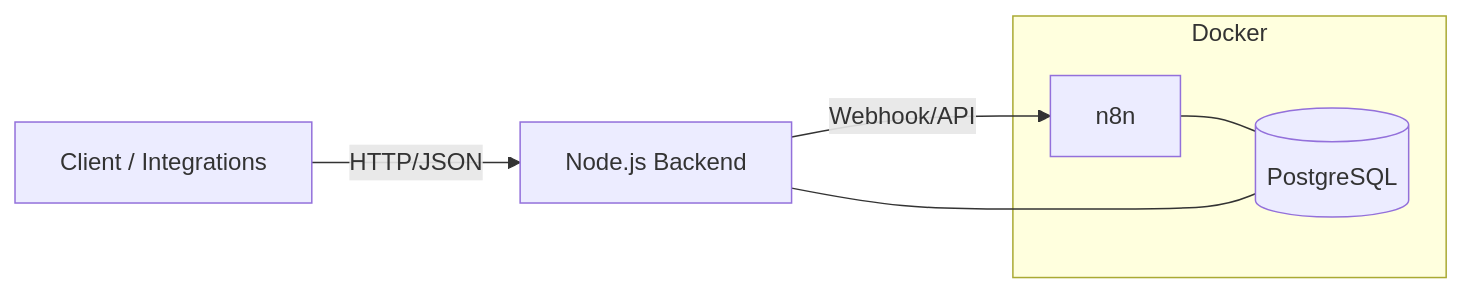
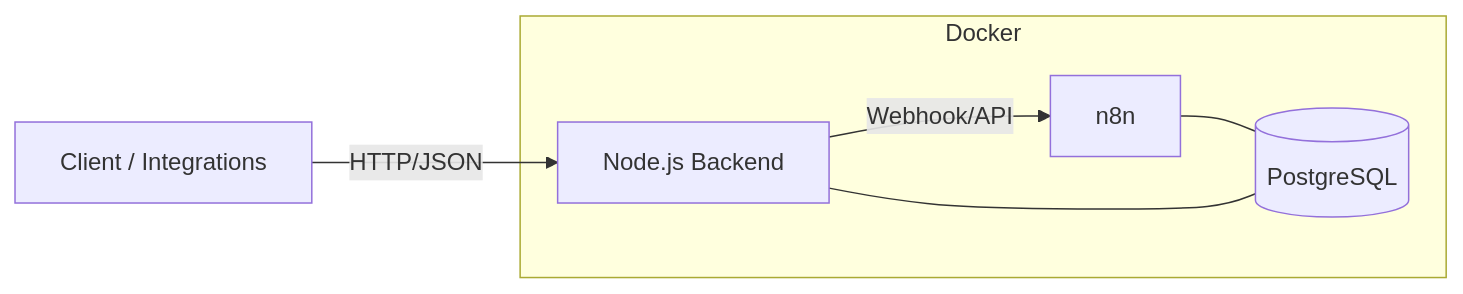
One commit to Stasgysk/electronic-processes changed the diagram in README.md. Above: the diagram before and after it, drawn with Mermaid.

Commit message:
readme flowchart updated

````diff
--- a/README.md
+++ b/README.md
@@ -45,12 +45,13 @@
 ```mermaid
 flowchart LR
     Client[Client / Integrations] -- HTTP/JSON --> NodeApp[Node.js Backend]
     NodeApp -- Webhook/API --> N8N[n8n]
     N8N --- PG[(PostgreSQL)]
     NodeApp --- PG
 
     subgraph Docker
+      NodeApp
       N8N
       PG
     end
 ```
````
